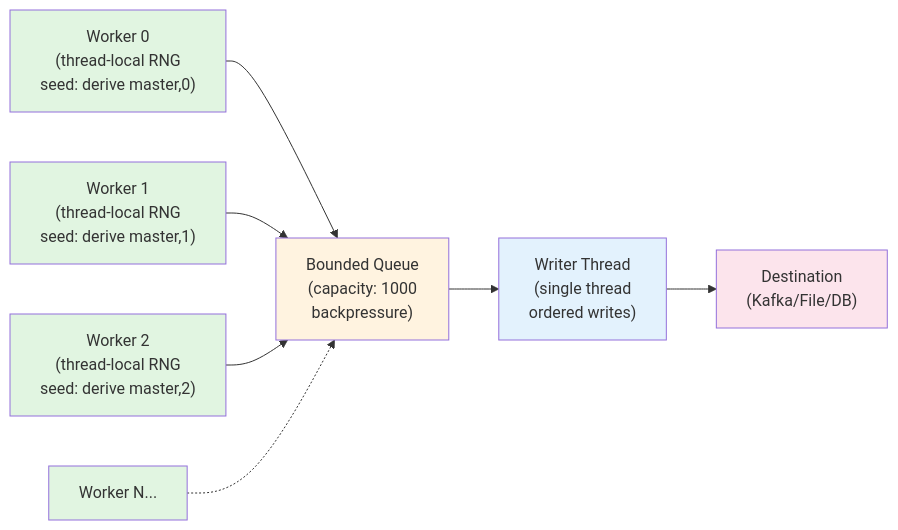
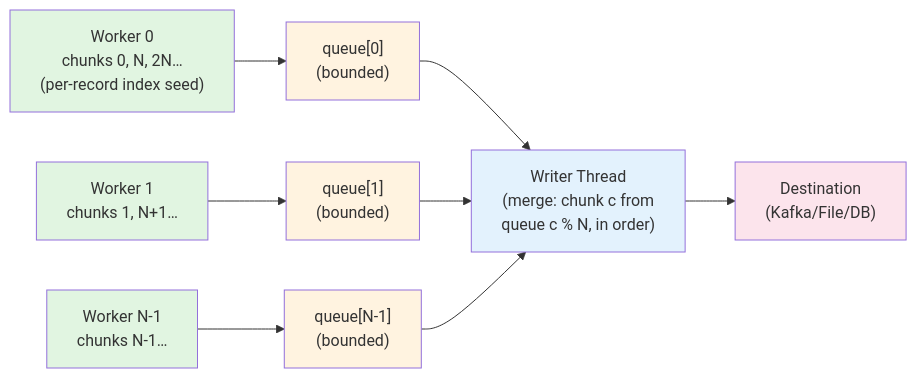
One commit to mferretti/SeedStream changed the second of 2 diagrams in docs/DESIGN.md. Above: the diagram before and after it, drawn with Mermaid. The commit also changed other lines of this file and 4 other files, not shown here.

````diff
--- a/docs/DESIGN.md
+++ b/docs/DESIGN.md
@@ -269,28 +282,29 @@
 ```mermaid
 graph LR
     W0["Worker 0
-    (thread-local RNG
-    seed: derive master,0)"] --> Q["Bounded Queue
-    (capacity: 1000
-    backpressure)"]
+    chunks 0, N, 2N…
+    (per-record index seed)"] --> Q0["queue[0]
+    (bounded)"]
     W1["Worker 1
-    (thread-local RNG
-    seed: derive master,1)"] --> Q
-    W2["Worker 2
-    (thread-local RNG
-    seed: derive master,2)"] --> Q
-    W3[Worker N...] -.-> Q
-    Q --> WT["Writer Thread
-    (single thread
-    ordered writes)"]
+    chunks 1, N+1…"] --> Q1["queue[1]
+    (bounded)"]
+    W2["Worker N-1
+    chunks N-1…"] --> Q2["queue[N-1]
+    (bounded)"]
+    Q0 --> WT["Writer Thread
+    (merge: chunk c from
+    queue c % N, in order)"]
+    Q1 --> WT
+    Q2 --> WT
     WT --> DEST["Destination
     (Kafka/File/DB)"]
-    
+
     style W0 fill:#e1f5e1
     style W1 fill:#e1f5e1
     style W2 fill:#e1f5e1
-    style W3 fill:#e1f5e1
-    style Q fill:#fff3e0
+    style Q0 fill:#fff3e0
+    style Q1 fill:#fff3e0
+    style Q2 fill:#fff3e0
     style WT fill:#e3f2fd
     style DEST fill:#fce4ec
 ```
````
